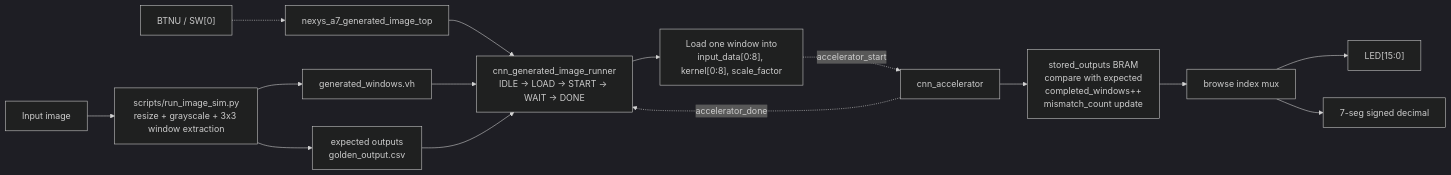
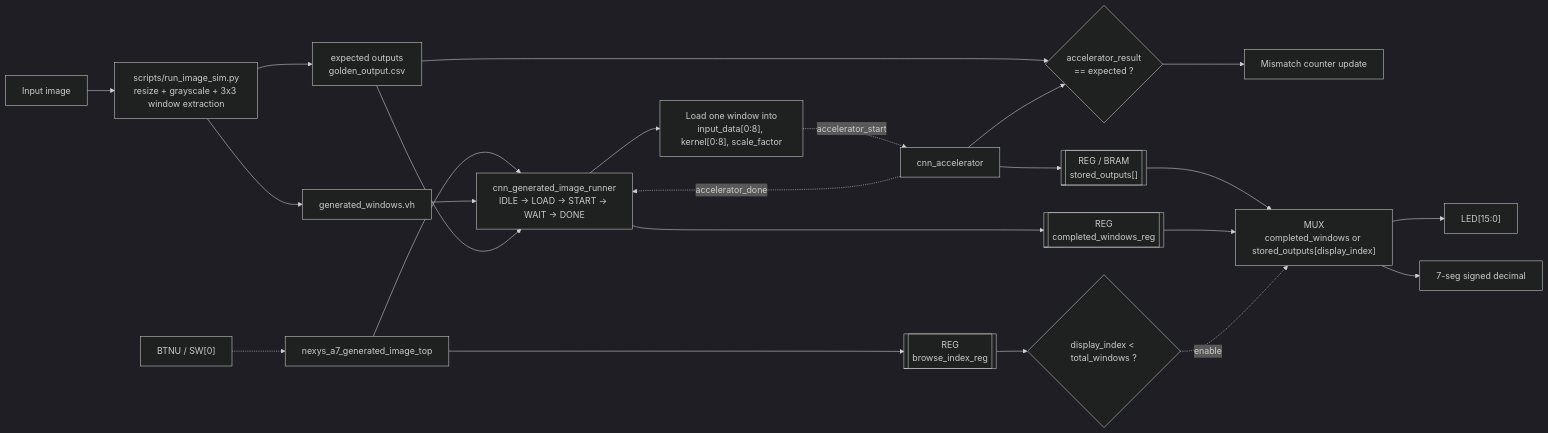
The fourth of 5 diagrams in docs/cnn_architecture_block_diagram.md (nishanbhakta/CNN), drawn with Mermaid (dark theme) before and after one commit. The commit also changed other lines of this file, not shown here.

````diff
--- a/docs/cnn_architecture_block_diagram.md
+++ b/docs/cnn_architecture_block_diagram.md
@@ -99,21 +166,28 @@
 ```mermaid
 flowchart LR
     img["Input image"] --> prep["scripts/run_image_sim.py<br/>resize + grayscale + 3x3 window extraction"]
     prep --> vh["generated_windows.vh"]
     prep --> gold["expected outputs<br/>golden_output.csv"]
 
     btn["BTNU / SW[0]"] -.-> top["nexys_a7_generated_image_top"]
     top --> runner["cnn_generated_image_runner<br/>IDLE -> LOAD -> START -> WAIT -> DONE"]
 
     vh --> runner
     gold --> runner
 
     runner --> load["Load one window into<br/>input_data[0:8], kernel[0:8], scale_factor"]
     load -. "accelerator_start" .-> core["cnn_accelerator"]
     core -. "accelerator_done" .-> runner
-    core --> store["stored_outputs BRAM<br/>compare with expected<br/>completed_windows++<br/>mismatch_count update"]
-
-    store --> browse["browse index mux"]
-    browse --> led["LED[15:0]"]
-    browse --> seg["7-seg signed decimal"]
+    core --> store[["REG / BRAM<br/>stored_outputs[]"]]
+    gold --> cmpres{"accelerator_result<br/>== expected ?"}
+    core --> cmpres
+    cmpres --> mm["Mismatch counter update"]
+    runner --> cwin[["REG<br/>completed_windows_reg"]]
+    top --> bidx[["REG<br/>browse_index_reg"]]
+    store --> dmux["MUX<br/>completed_windows or stored_outputs[display_index]"]
+    cwin --> dmux
+    bidx --> cmpidx{"display_index < total_windows ?"}
+    cmpidx -. enable .-> dmux
+    dmux --> led["LED[15:0]"]
+    dmux --> seg["7-seg signed decimal"]
 ```
````
